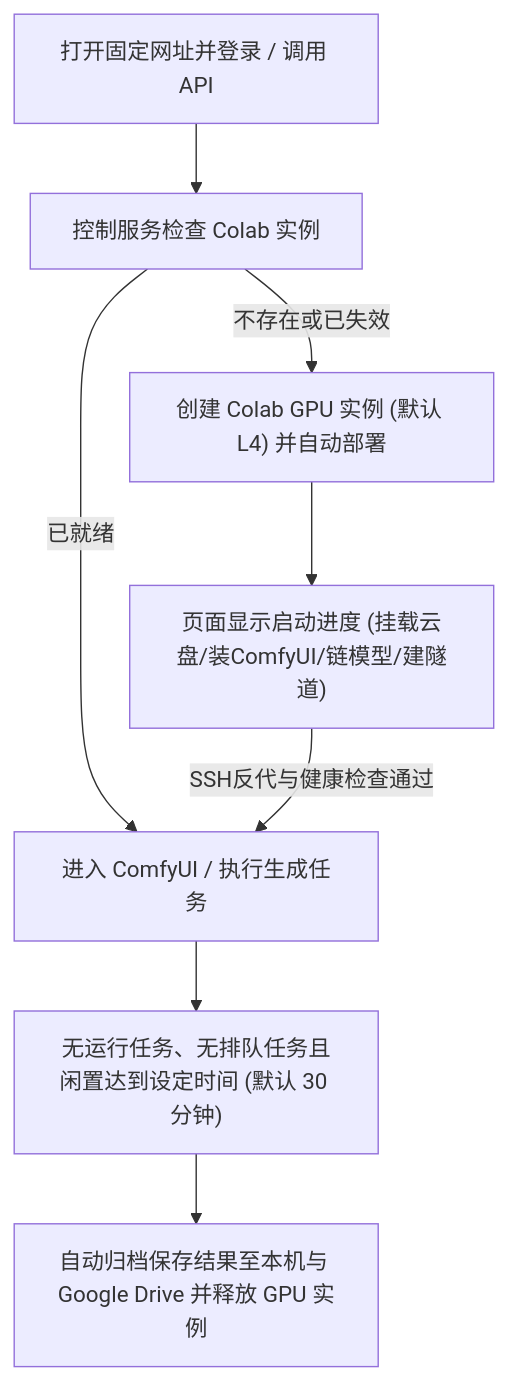
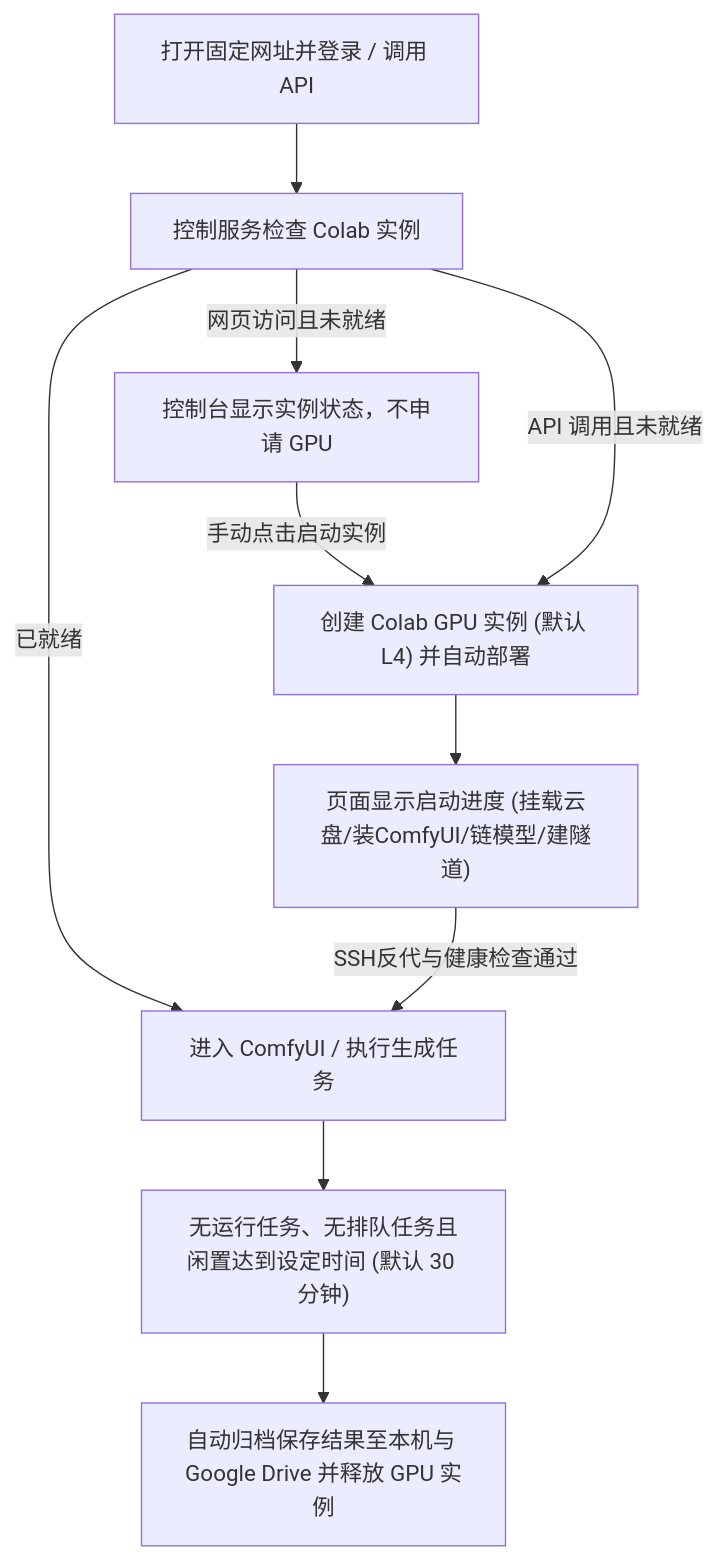
One commit to gaojunbin/colab-minimax changed the diagram in README.md. Above: the diagram before and after it, drawn with Mermaid. The commit also changed 4 other files, not shown here.

````diff
--- a/README.md
+++ b/README.md
@@ -7,10 +7,12 @@
 ```mermaid
 flowchart TD
     A["打开固定网址并登录 / 调用 API"] --> B["控制服务检查 Colab 实例"]
     B -->|已就绪| D["进入 ComfyUI / 执行生成任务"]
-    B -->|不存在或已失效| C["创建 Colab GPU 实例 (默认 L4) 并自动部署"]
+    B -->|网页访问且未就绪| H["控制台显示实例状态，不申请 GPU"]
+    H -->|手动点击启动实例| C["创建 Colab GPU 实例 (默认 L4) 并自动部署"]
+    B -->|API 调用且未就绪| C
     C --> E["页面显示启动进度 (挂载云盘/装ComfyUI/链模型/建隧道)"]
     E -->|SSH反代与健康检查通过| D
     D --> F["无运行任务、无排队任务且闲置达到设定时间 (默认 30 分钟)"]
     F --> G["自动归档保存结果至本机与 Google Drive 并释放 GPU 实例"]
 ```
````
